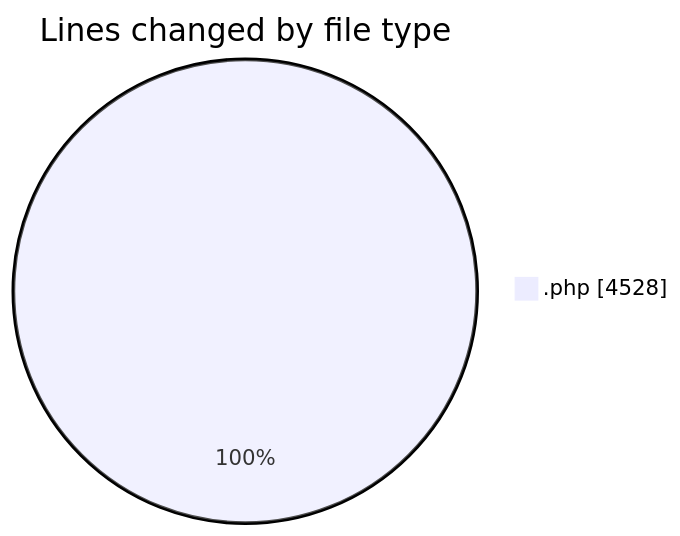
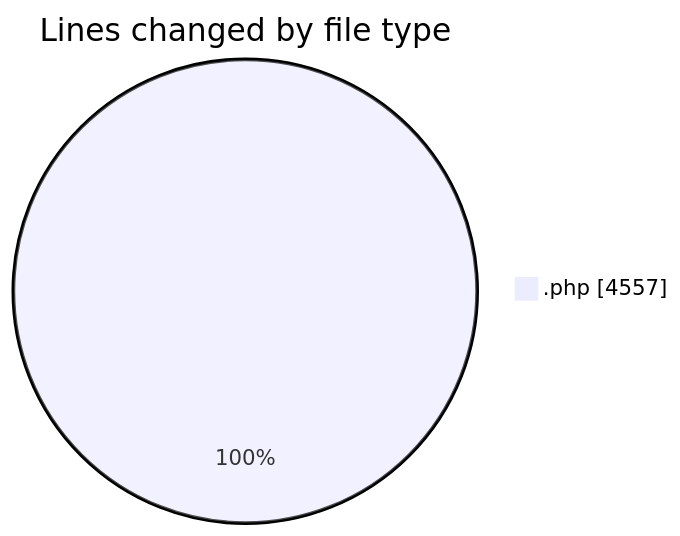
Before and after one commit to debugP/code-tracking: the first of 2 diagrams in 2025-10-03/untitled__workspace_/README.md, drawn with Mermaid. The commit also changed other lines of this file and 1 other file, not shown here.

````diff
--- a/2025-10-03/untitled__workspace_/README.md
+++ b/2025-10-03/untitled__workspace_/README.md
@@ -22,5 +22,5 @@
 ```mermaid
 pie showData
 title Lines changed by file type
-".php" : 4528
+".php" : 4557
 ```
````
